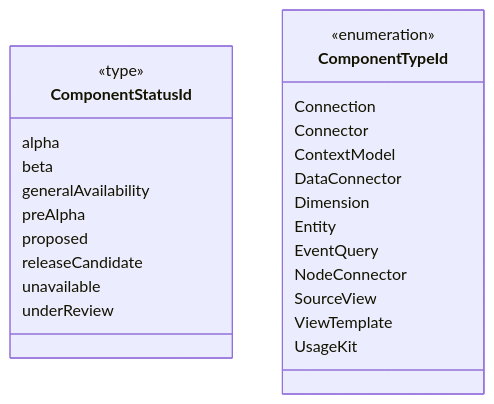
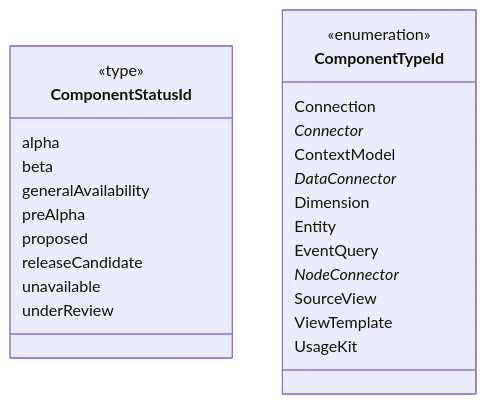
The third of 11 diagrams in README.md (data-positioning/datapos-shared), drawn with Mermaid before and after one commit. The commit also changed 1 other file, not shown here.

````diff
--- a/README.md
+++ b/README.md
@@ -68,31 +68,31 @@
 ```mermaid
 classDiagram
     direction TB
 
     class ComponentStatusId {
         <<type>>
         alpha
         beta
         generalAvailability
         preAlpha
         proposed
         releaseCandidate
         unavailable
         underReview
     }
 
     class ComponentTypeId {
         <<enumeration>>
         Connection
-        Connector
+        Connector*
         ContextModel
-        DataConnector
+        DataConnector*
         Dimension
         Entity
         EventQuery
-        NodeConnector
+        NodeConnector*
         SourceView
         ViewTemplate
         UsageKit
     }
 ```
````
